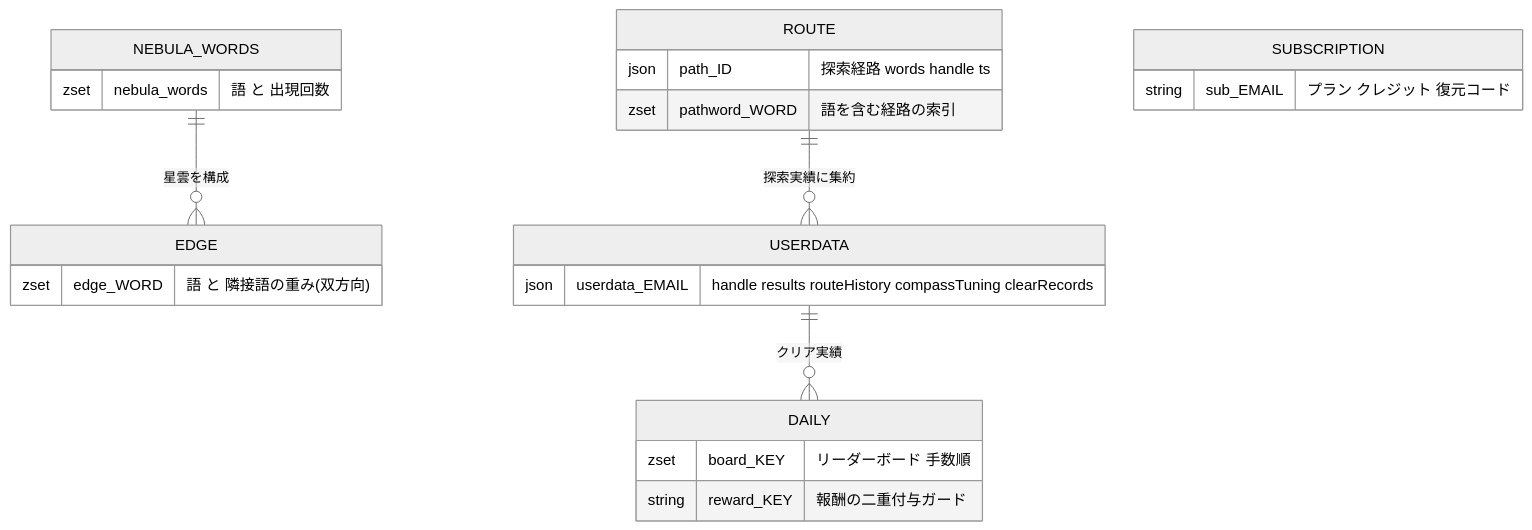
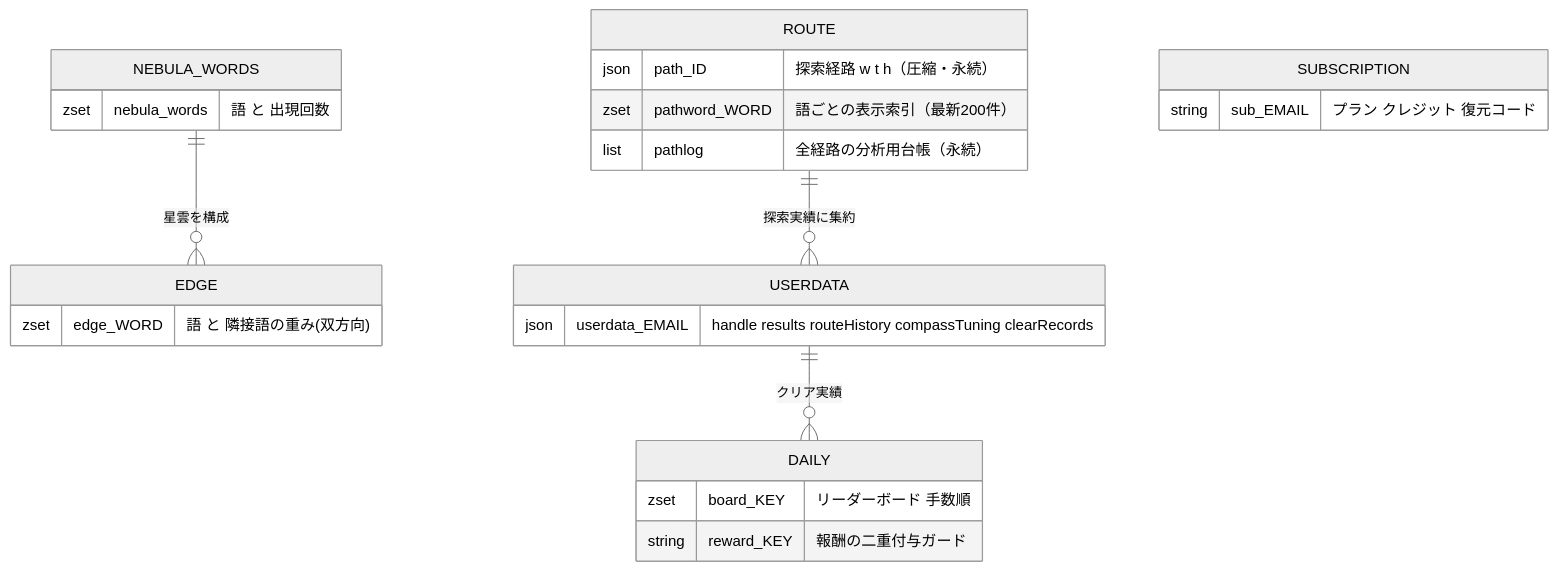
The fourth of 6 diagrams in README.md (okajimajinta/goi_space), drawn with Mermaid (neutral theme) before and after one commit. The commit also changed 2 other files, not shown here.

````diff
--- a/README.md
+++ b/README.md
@@ -203,27 +203,28 @@
 ```mermaid
 erDiagram
     NEBULA_WORDS {
         zset nebula_words "語 と 出現回数"
     }
     EDGE {
         zset edge_WORD "語 と 隣接語の重み(双方向)"
     }
     ROUTE {
-        json path_ID "探索経路 words handle ts"
-        zset pathword_WORD "語を含む経路の索引"
+        json path_ID "探索経路 w t h（圧縮・永続）"
+        zset pathword_WORD "語ごとの表示索引（最新200件）"
+        list pathlog "全経路の分析用台帳（永続）"
     }
     USERDATA {
         json userdata_EMAIL "handle results routeHistory compassTuning clearRecords"
     }
     DAILY {
         zset board_KEY "リーダーボード 手数順"
         string reward_KEY "報酬の二重付与ガード"
     }
     SUBSCRIPTION {
         string sub_EMAIL "プラン クレジット 復元コード"
     }
 
     NEBULA_WORDS ||--o{ EDGE : "星雲を構成"
     ROUTE ||--o{ USERDATA : "探索実績に集約"
     USERDATA ||--o{ DAILY : "クリア実績"
 ```
````
